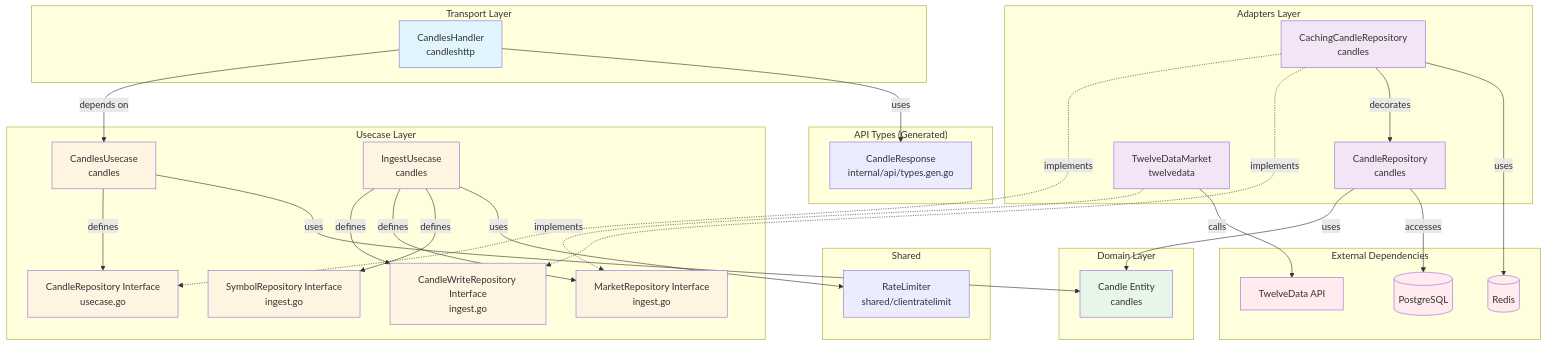
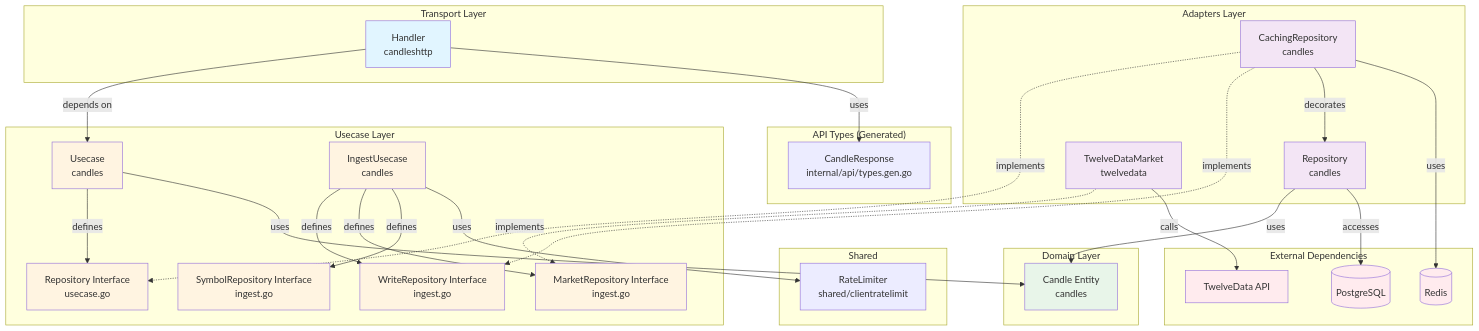
Before and after one commit to UCHIDAnobuhiro/stock_backend: the third of 3 diagrams in internal/feature/candles/README.md, drawn with Mermaid. The commit also changed other lines of this file and 41 other files, not shown here.

````diff
--- a/internal/feature/candles/README.md
+++ b/internal/feature/candles/README.md
@@ -211,71 +211,71 @@
 ```mermaid
 graph TB
     subgraph "Transport Layer"
-        Handler[CandlesHandler<br/>candleshttp]
+        Handler[Handler<br/>candleshttp]
     end
 
     subgraph "API Types (Generated)"
         APITypes[CandleResponse<br/>internal/api/types.gen.go]
     end
 
     subgraph "Usecase Layer"
-        CandlesUC[CandlesUsecase<br/>candles]
+        CandlesUC[Usecase<br/>candles]
         IngestUC[IngestUsecase<br/>candles]
-        ReadInterface[CandleRepository Interface<br/>usecase.go]
-        WriteInterface[CandleWriteRepository Interface<br/>ingest.go]
+        ReadInterface[Repository Interface<br/>usecase.go]
+        WriteInterface[WriteRepository Interface<br/>ingest.go]
         MarketInterface[MarketRepository Interface<br/>ingest.go]
         SymbolInterface[SymbolRepository Interface<br/>ingest.go]
     end
 
     subgraph "Domain Layer"
         Entity[Candle Entity<br/>candles]
     end
 
     subgraph "Adapters Layer"
-        RepoImpl[CandleRepository<br/>candles]
-        Cache[CachingCandleRepository<br/>candles]
+        RepoImpl[Repository<br/>candles]
+        Cache[CachingRepository<br/>candles]
         TwelveData[TwelveDataMarket<br/>twelvedata]
     end
 
     subgraph "Shared"
         RateLimiter[RateLimiter<br/>shared/clientratelimit]
     end
 
     subgraph "External Dependencies"
         DB[(PostgreSQL)]
         Redis[(Redis)]
         API[TwelveData API]
     end
 
     Handler -->|depends on| CandlesUC
     Handler -->|uses| APITypes
     CandlesUC -->|defines| ReadInterface
     CandlesUC -->|uses| Entity
     IngestUC -->|defines| WriteInterface
     IngestUC -->|defines| MarketInterface
     IngestUC -->|defines| SymbolInterface
     IngestUC -->|uses| RateLimiter
     Cache -.->|implements| ReadInterface
     Cache -.->|implements| WriteInterface
     Cache -->|decorates| RepoImpl
     Cache -->|uses| Redis
     RepoImpl -->|uses| Entity
     RepoImpl -->|accesses| DB
     TwelveData -.->|implements| MarketInterface
     TwelveData -->|calls| API
 
     style Handler fill:#e1f5ff
     style CandlesUC fill:#fff4e1
     style IngestUC fill:#fff4e1
     style Entity fill:#e8f5e9
     style ReadInterface fill:#fff4e1
     style WriteInterface fill:#fff4e1
     style MarketInterface fill:#fff4e1
     style SymbolInterface fill:#fff4e1
     style RepoImpl fill:#f3e5f5
     style Cache fill:#f3e5f5
     style TwelveData fill:#f3e5f5
     style DB fill:#ffebee
     style Redis fill:#ffebee
     style API fill:#ffebee
 ```
````
